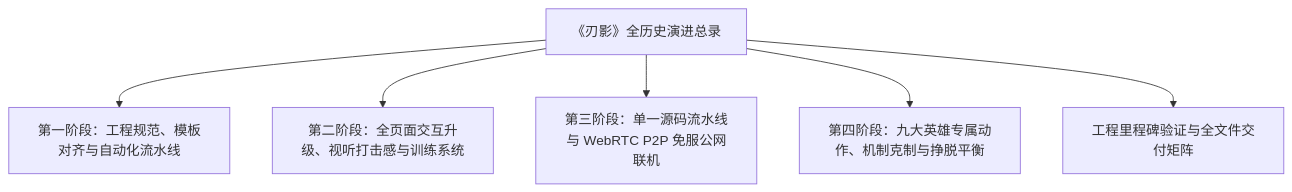
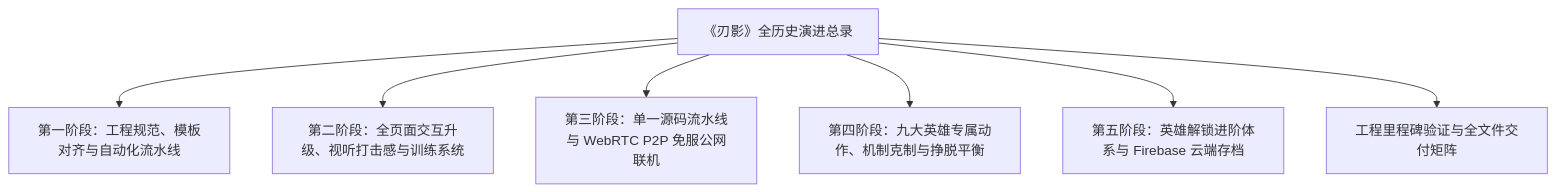
Before and after one commit to AMFI-Disable/RenYing: the first of 3 diagrams in walkthrough.md, drawn with Mermaid. The commit also changed other lines of this file and 8 other files, not shown here.

````diff
--- a/walkthrough.md
+++ b/walkthrough.md
@@ -10,8 +10,9 @@
 ```mermaid
 flowchart TD
     A["《刃影》全历史演进总录"] --> B["第一阶段：工程规范、模板对齐与自动化流水线"]
     A --> C["第二阶段：全页面交互升级、视听打击感与训练系统"]
     A --> D["第三阶段：单一源码流水线与 WebRTC P2P 免服公网联机"]
     A --> E["第四阶段：九大英雄专属动作、机制克制与挣脱平衡"]
-    A --> F["工程里程碑验证与全文件交付矩阵"]
+    A --> F["第五阶段：英雄解锁进阶体系与 Firebase 云端存档"]
+    A --> G["工程里程碑验证与全文件交付矩阵"]
 ```
````
